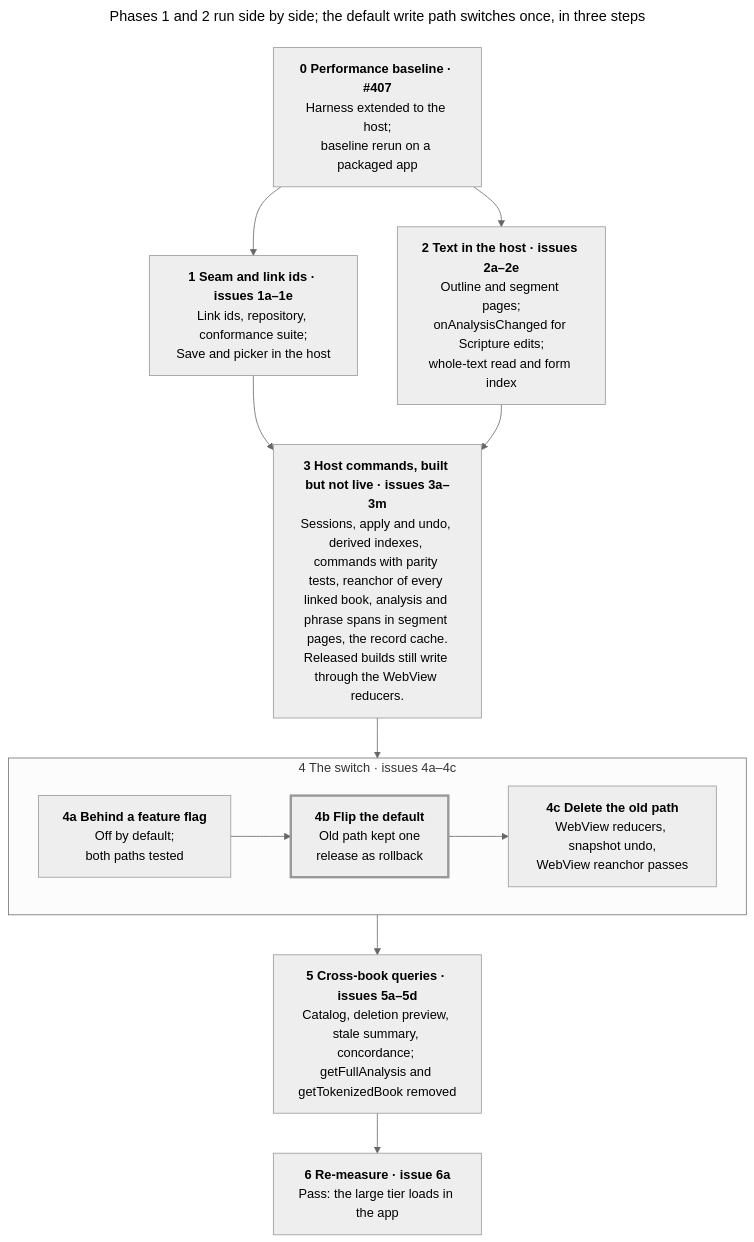
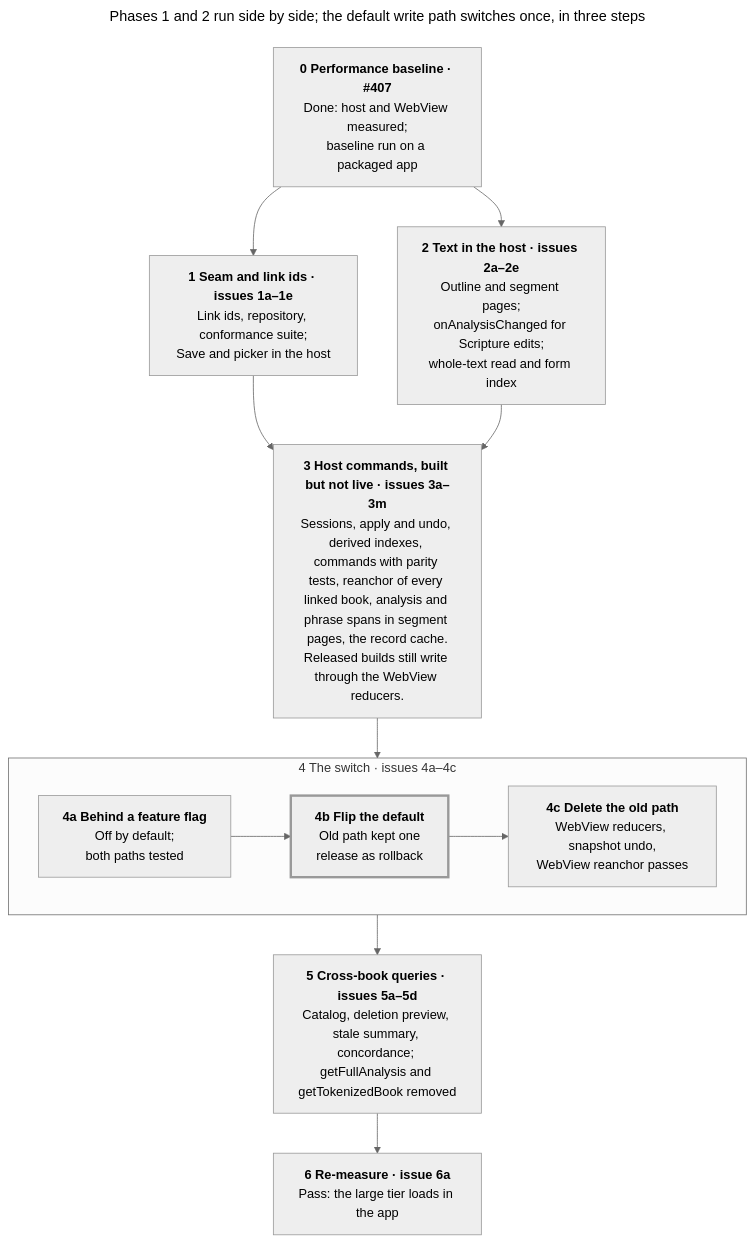
The second of 2 diagrams in docs/data-layer-plan/plan.md (sillsdev/interlinearizer-extension), drawn with Mermaid (neutral theme) before and after one commit. The commit also changed other lines of this file, not shown here.

````diff
--- a/docs/data-layer-plan/plan.md
+++ b/docs/data-layer-plan/plan.md
@@ -118,24 +118,24 @@
 ```mermaid
 ---
 title: Phases 1 and 2 run side by side; the default write path switches once, in three steps
 ---
 flowchart TB
-  p0["<b>0 Performance baseline · #407</b><br/>Harness extended to the host;<br/>baseline rerun on a packaged app"]
+  p0["<b>0 Performance baseline · #407</b><br/>Done: host and WebView measured;<br/>baseline run on a packaged app"]
   p1["<b>1 Seam and link ids · issues 1a–1e</b><br/>Link ids, repository, conformance suite;<br/>Save and picker in the host"]
   p2["<b>2 Text in the host · issues 2a–2e</b><br/>Outline and segment pages;<br/>onAnalysisChanged for Scripture edits;<br/>whole-text read and form index"]
   p3["<b>3 Host commands, built but not live · issues 3a–3m</b><br/>Sessions, apply and undo, derived indexes, commands with parity tests, reanchor of every linked book, analysis and phrase spans in segment pages, the record cache.<br/>Released builds still write through the WebView reducers."]
   subgraph p4["4 The switch · issues 4a–4c"]
     direction LR
     p4a["<b>4a Behind a feature flag</b><br/>Off by default;<br/>both paths tested"]
     p4b["<b>4b Flip the default</b><br/>Old path kept one<br/>release as rollback"]
     p4c["<b>4c Delete the old path</b><br/>WebView reducers, snapshot undo,<br/>WebView reanchor passes"]
     p4a --> p4b --> p4c
   end
   p5["<b>5 Cross-book queries · issues 5a–5d</b><br/>Catalog, deletion preview, stale summary, concordance; getFullAnalysis and getTokenizedBook removed"]
   p6["<b>6 Re-measure · issue 6a</b><br/>Pass: the large tier loads in the app"]
   p0 --> p1 & p2
   p1 & p2 --> p3
   p3 --> p4 --> p5 --> p6
   classDef flip stroke-width:3px
   class p4b flip
 ```
````
